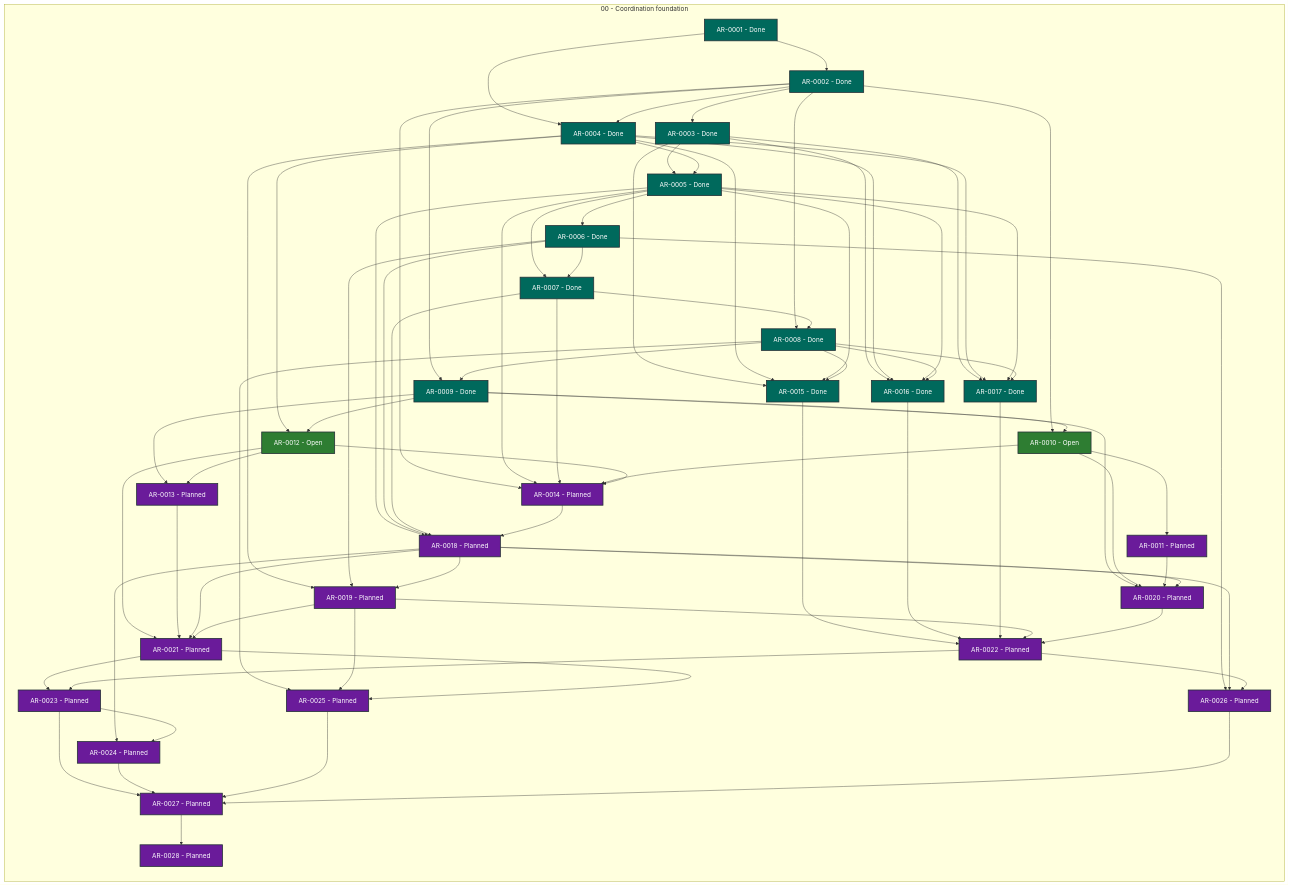
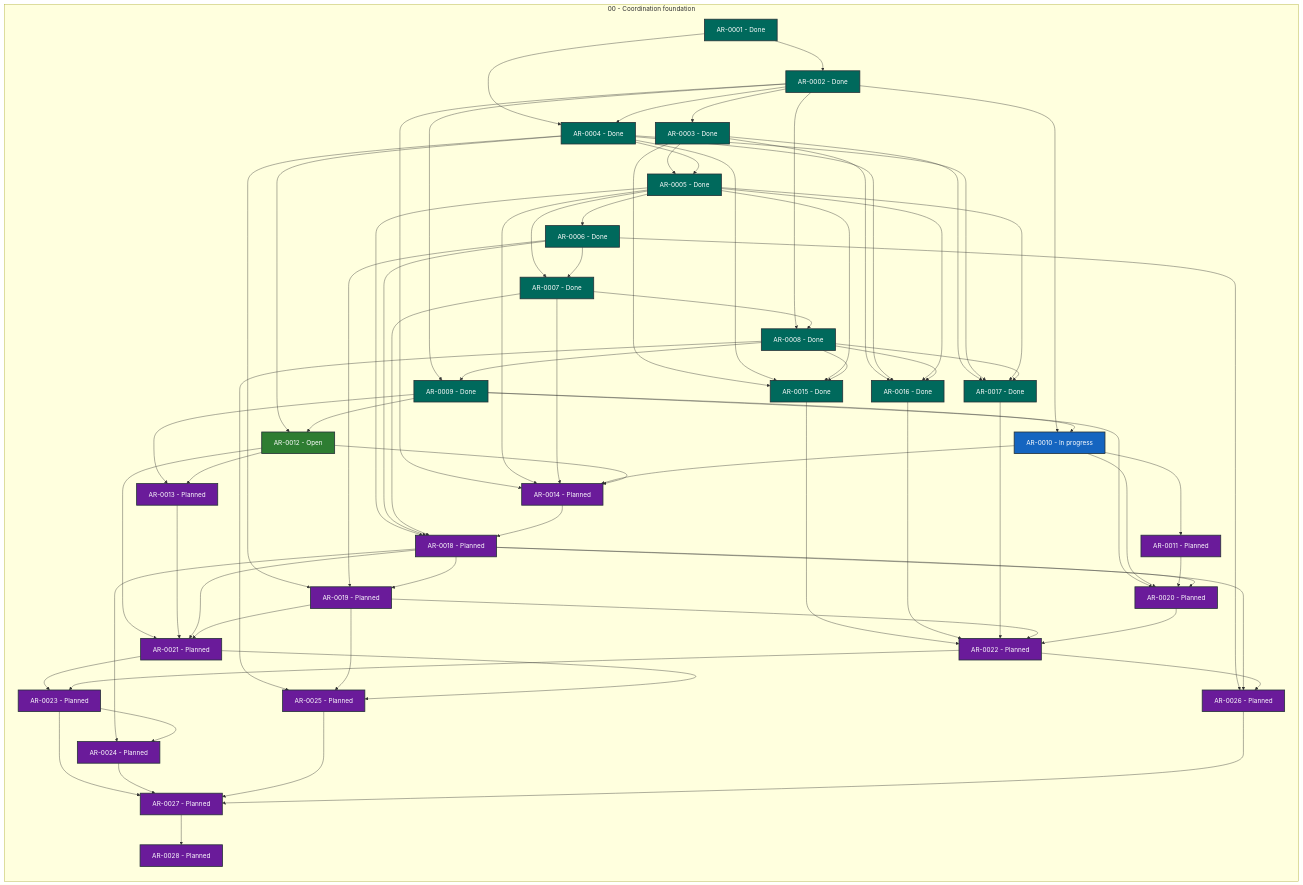
One commit to martin-beck/agent-workflow-runtime-state changed the diagram in STATUS.md. Above: the diagram before and after it, drawn with Mermaid. The commit also changed other lines of this file and 2 other files, not shown here.

```diff
--- a/STATUS.md
+++ b/STATUS.md
@@ -37,7 +37,7 @@
         AR_0007["AR-0007 - Done"]:::status_done
         AR_0008["AR-0008 - Done"]:::status_done
         AR_0009["AR-0009 - Done"]:::status_done
-        AR_0010["AR-0010 - Open"]:::status_open
+        AR_0010["AR-0010 - In progress"]:::status_in_progress
         AR_0011["AR-0011 - Planned"]:::status_planned
         AR_0012["AR-0012 - Open"]:::status_open
         AR_0013["AR-0013 - Planned"]:::status_planned
```
